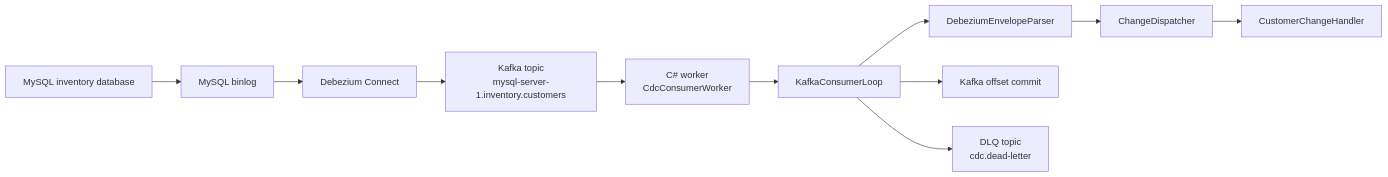
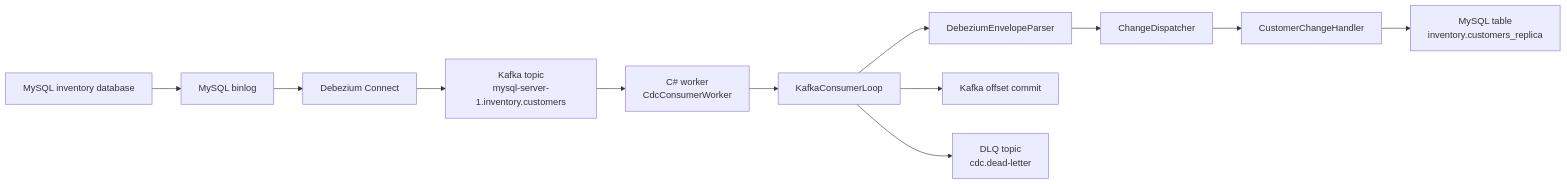
One commit to bm295/cdc changed the first of 3 diagrams in docs/cdc-flow.md. Above: the diagram before and after it, drawn with Mermaid. The commit also changed other lines of this file and 10 other files, not shown here.

Commit message:
Update CDC architecture docs for replica DB flow

````diff
--- a/docs/cdc-flow.md
+++ b/docs/cdc-flow.md
@@ -16,13 +17,14 @@
 ```mermaid
 flowchart LR
     A[MySQL inventory database] --> B[MySQL binlog]
     B --> C[Debezium Connect]
     C --> D[Kafka topic<br/>mysql-server-1.inventory.customers]
     D --> E[C# worker<br/>CdcConsumerWorker]
     E --> F[KafkaConsumerLoop]
     F --> G[DebeziumEnvelopeParser]
     G --> H[ChangeDispatcher]
     H --> I[CustomerChangeHandler]
+    I --> L[MySQL table<br/>inventory.customers_replica]
     F --> J[Kafka offset commit]
     F --> K[DLQ topic<br/>cdc.dead-letter]
 ```
````
